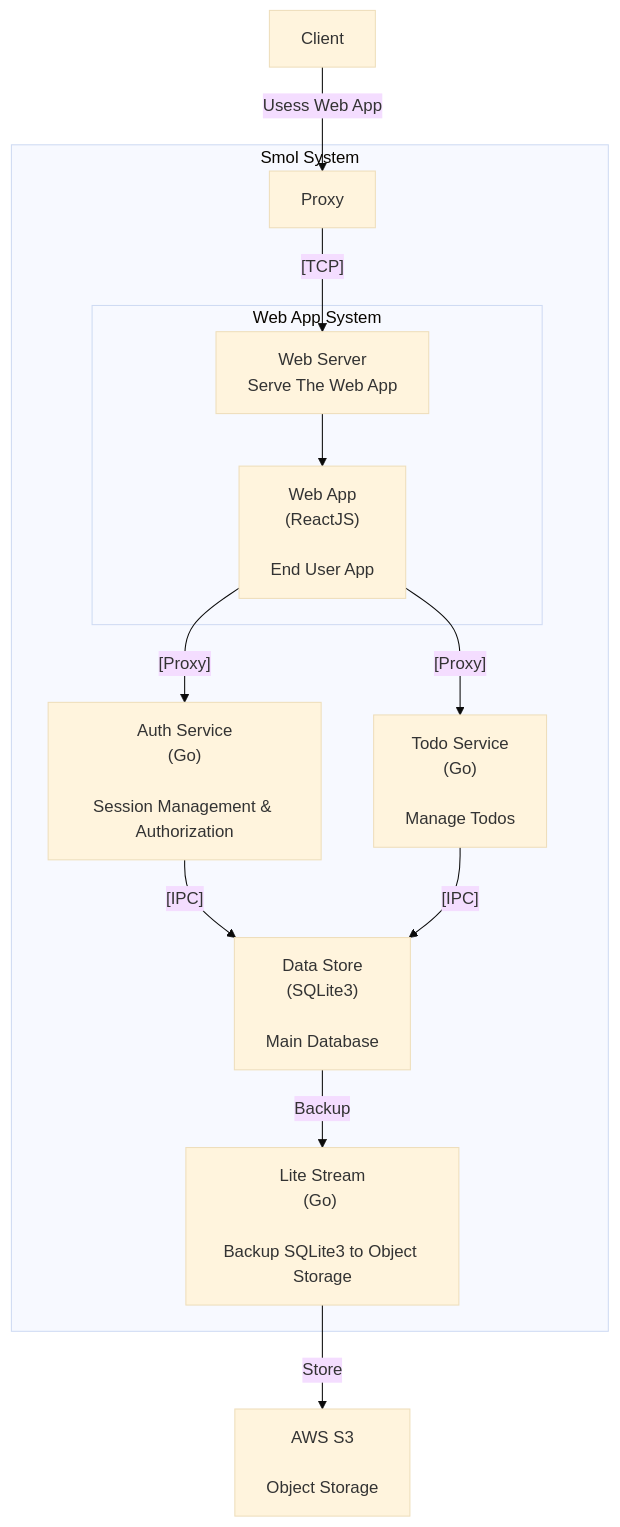
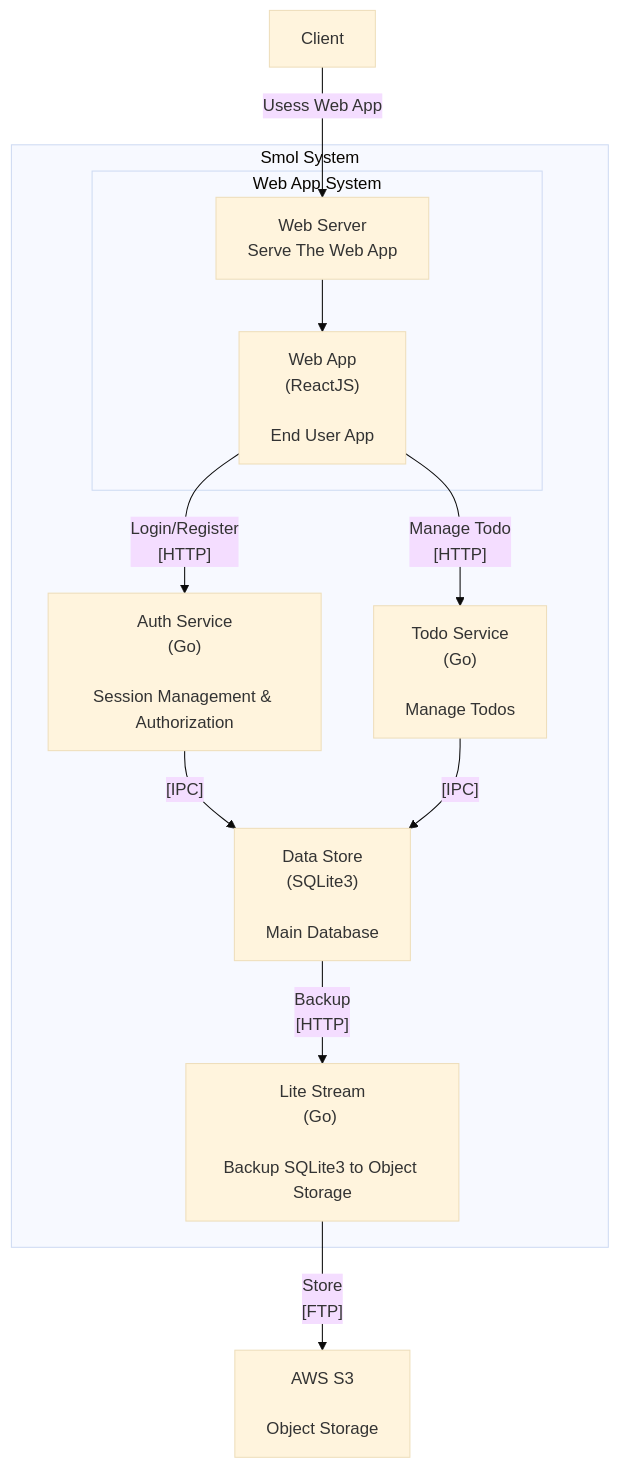
Before and after one commit to fahmifan/smol-rest: the diagram in README.md, drawn with Mermaid (base theme). The commit also changed other lines of this file and 6 other files, not shown here.

````diff
--- a/README.md
+++ b/README.md
@@ -21,29 +38,26 @@
 ```mermaid
 graph TB
-    Client--"Usess Web App"-->Proxy
+    Client--"Usess Web App"-->WebServer
     subgraph "Smol System"
-        Proxy["Proxy"]
+        WebServer["WebServer"]
         DataStore["Data Store<br> (SQLite3) <br><br> Main Database"]
         AuthService["Auth Service<br>(Go)<br><br>Session Management & Authorization"]
         TodoService["Todo Service<br>(Go) <br><br>Manage Todos"]
         LiteStream["Lite Stream<br>(Go) <br><br>Backup SQLite3 to Object Storage"]
         
         subgraph "Web App System"
             WebApp["Web App<br>(ReactJS)<br><br>End User App"]
             WebServer["Web Server<br> Serve The Web App"]
             
             WebServer-->WebApp
         end
         
-        
-        Proxy -- "[TCP]" --> WebServer
-        
-        WebApp -- "[Proxy]" --> TodoService 
-        WebApp -- "[Proxy]" --> AuthService 
+        WebApp -- "Manage Todo <br>[HTTP]" --> TodoService 
+        WebApp -- "Login/Register <br>[HTTP]" --> AuthService 
         
         AuthService -- "[IPC]" --> DataStore
-        TodoService -- "[IPC]" --> DataStore -- Backup --> LiteStream
+        TodoService -- "[IPC]" --> DataStore -- "Backup <br>[HTTP]" --> LiteStream
     end
     AWSS3["AWS S3 <br><br>Object Storage"]
-    LiteStream -- Store --> AWSS3
+    LiteStream -- "Store <br>[FTP]" --> AWSS3
 ```
````
